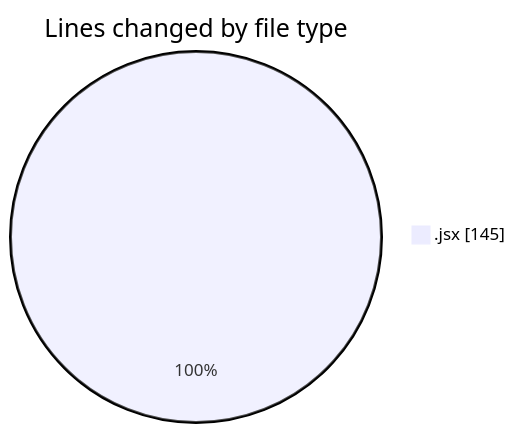
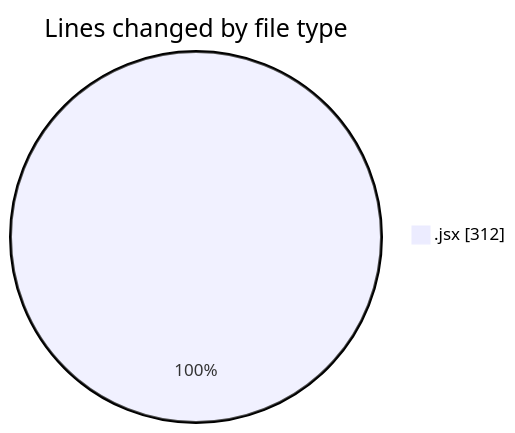
The first of 2 diagrams in 2025-02-24/elitesgpt/README.md (Elitesun/code-tracking), drawn with Mermaid before and after one commit. The commit also changed other lines of this file and 1 other file, not shown here.

````diff
--- a/2025-02-24/elitesgpt/README.md
+++ b/2025-02-24/elitesgpt/README.md
@@ -21,5 +22,5 @@
 ```mermaid
 pie showData
 title Lines changed by file type
-".jsx" : 145
+".jsx" : 312
 ```
````
